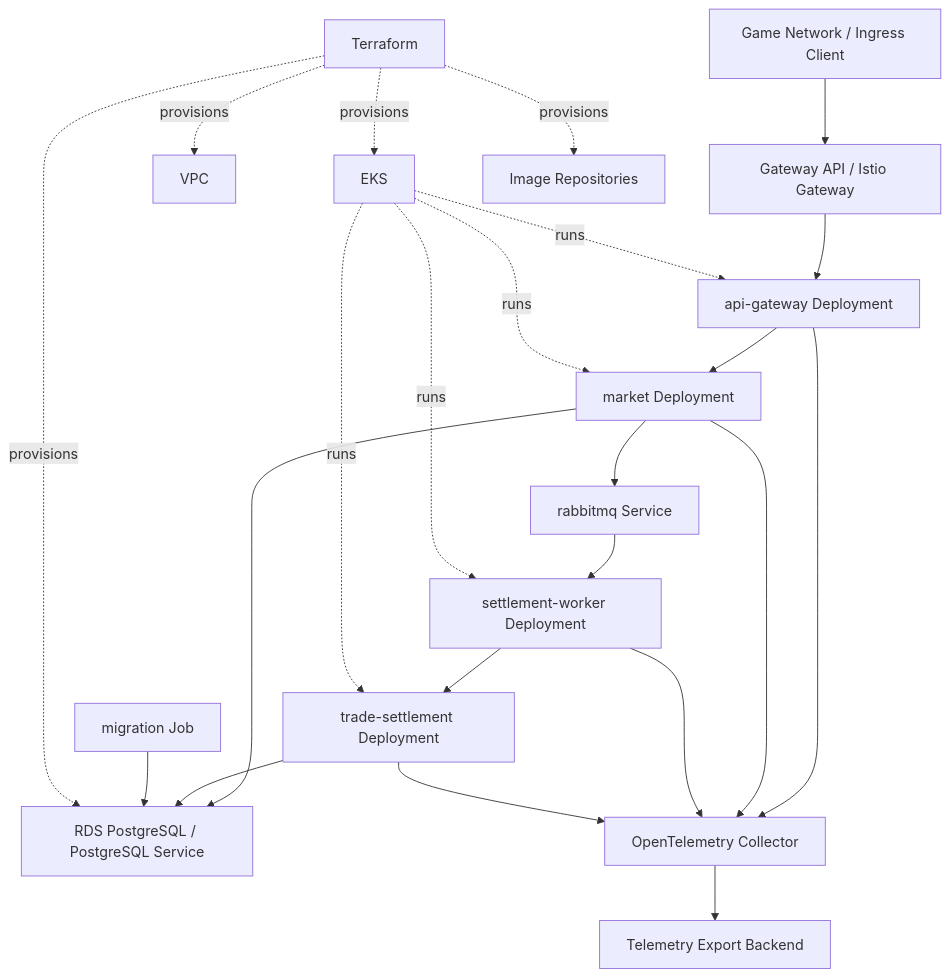
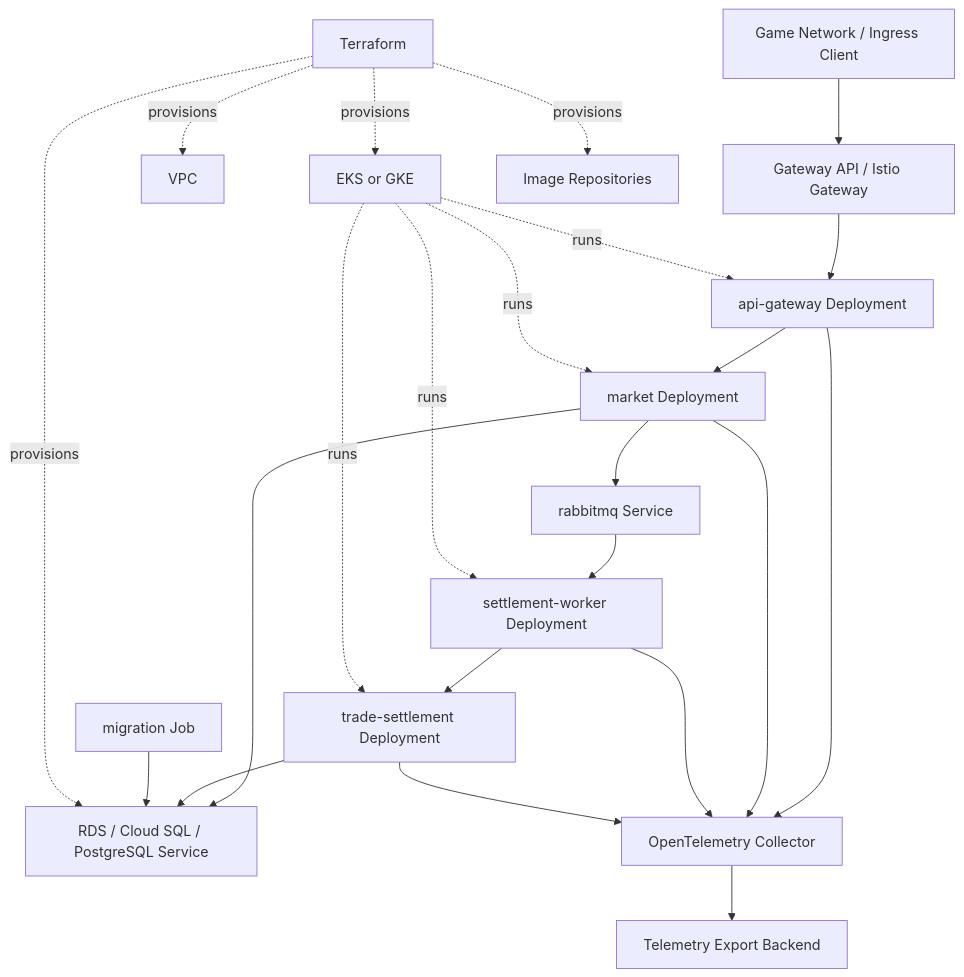
One commit to QuasarRay/eve-trade changed the diagram in Architecture/ISO-42010/06-deployment-operations-view.md. Above: the diagram before and after it, drawn with Mermaid. The commit also changed other lines of this file and 48 other files, not shown here.

````diff
--- a/Architecture/ISO-42010/06-deployment-operations-view.md
+++ b/Architecture/ISO-42010/06-deployment-operations-view.md
@@ -50,27 +50,27 @@
 ```mermaid
 flowchart TB
   Internet["Game Network / Ingress Client"] --> GatewayAPI["Gateway API / Istio Gateway"]
   GatewayAPI --> APIGW["api-gateway Deployment"]
   APIGW --> Market["market Deployment"]
   Market --> Rabbit["rabbitmq Service"]
   Rabbit --> Worker["settlement-worker Deployment"]
   Worker --> Settlement["trade-settlement Deployment"]
-  Market --> DB["RDS PostgreSQL / PostgreSQL Service"]
+  Market --> DB["RDS / Cloud SQL / PostgreSQL Service"]
   Settlement --> DB
   Migrate["migration Job"] --> DB
 
   APIGW --> Collector["OpenTelemetry Collector"]
   Market --> Collector
   Worker --> Collector
   Settlement --> Collector
   Collector --> Observability["Telemetry Export Backend"]
 
   Terraform["Terraform"] -. provisions .-> VPC["VPC"]
-  Terraform -. provisions .-> EKS["EKS"]
+  Terraform -. provisions .-> K8sCloud["EKS or GKE"]
   Terraform -. provisions .-> DB
   Terraform -. provisions .-> Images["Image Repositories"]
-  EKS -. runs .-> APIGW
-  EKS -. runs .-> Market
-  EKS -. runs .-> Worker
-  EKS -. runs .-> Settlement
+  K8sCloud -. runs .-> APIGW
+  K8sCloud -. runs .-> Market
+  K8sCloud -. runs .-> Worker
+  K8sCloud -. runs .-> Settlement
 ```
````
